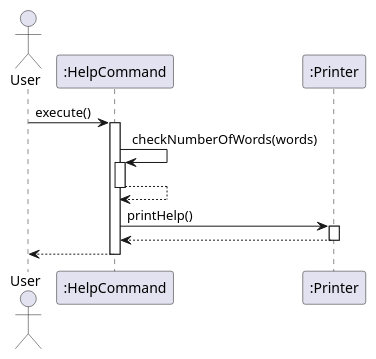
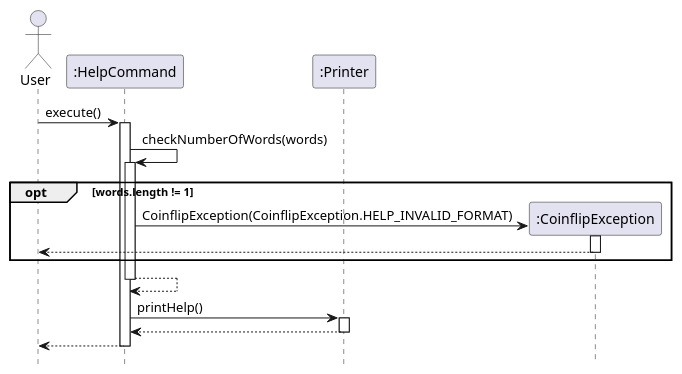
The diagram in docs/diagrams/help.puml (timothyloh0523/tp), drawn with PlantUML before and after one commit. The commit also changed 16 other files, not shown here.

```diff
--- a/docs/diagrams/help.puml
+++ b/docs/diagrams/help.puml
@@ -1,21 +1,30 @@
 @startuml
 actor User as User
+hide footbox
 participant HelpCommand as ":HelpCommand"
 participant Printer as ":Printer"
+participant CoinflipException as ":CoinflipException"
 
 User -> HelpCommand: execute()
 activate HelpCommand
 
 
 HelpCommand -> HelpCommand: checkNumberOfWords(words)
 activate HelpCommand
+opt words.length != 1
+create CoinflipException
+HelpCommand -> CoinflipException : CoinflipException(CoinflipException.HELP_INVALID_FORMAT)
+activate CoinflipException
+CoinflipException --> User
+deactivate CoinflipException
+end
 HelpCommand --> HelpCommand
 deactivate HelpCommand
 
 HelpCommand -> Printer: printHelp()
 activate Printer
 Printer --> HelpCommand
 deactivate Printer
 HelpCommand --> User
 deactivate HelpCommand
 @enduml
```
